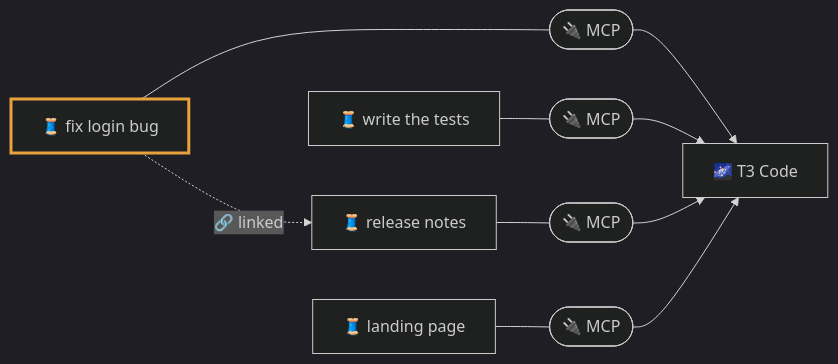
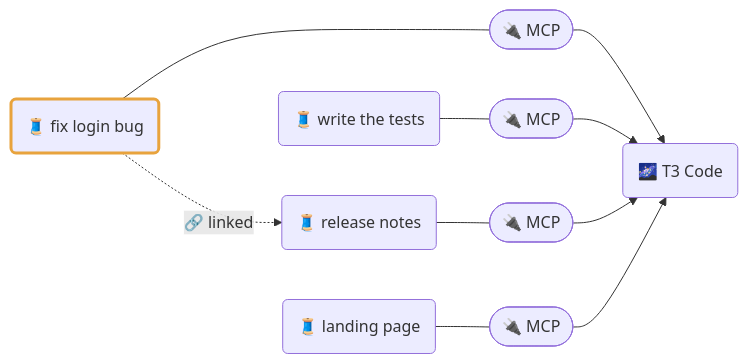
One commit to sayjeyhi/talks changed the second of 13 diagrams in presentations/oh-my-harness/slides.md. Above: the diagram before and after it, drawn with Mermaid. The commit also changed other lines of this file and 16 other files, not shown here.

````diff
--- a/presentations/oh-my-harness/slides.md
+++ b/presentations/oh-my-harness/slides.md
@@ -1295,16 +1229,15 @@
 ```mermaid
-%%{init: {"theme": "dark"}}%%
 flowchart LR
-    t1["🧵 fix login bug"] --- m1(["🔌 MCP"])
-    t2["🧵 write the tests"] --- m2(["🔌 MCP"])
-    t3["🧵 release notes"] --- m3(["🔌 MCP"])
-    t4["🧵 landing page"] --- m4(["🔌 MCP"])
-    m1 --> app["🌌 T3 Code"]
+    t1("🧵 fix login bug") --- m1(["🔌 MCP"])
+    t2("🧵 write the tests") --- m2(["🔌 MCP"])
+    t3("🧵 release notes") --- m3(["🔌 MCP"])
+    t4("🧵 landing page") --- m4(["🔌 MCP"])
+    m1 --> app("🌌 T3 Code")
     m2 --> app
     m3 --> app
     m4 --> app
     t1 -.->|🔗 linked| t3
 
     classDef active stroke:#e8a33d,stroke-width:3px
     class t1 active
 ```
````
